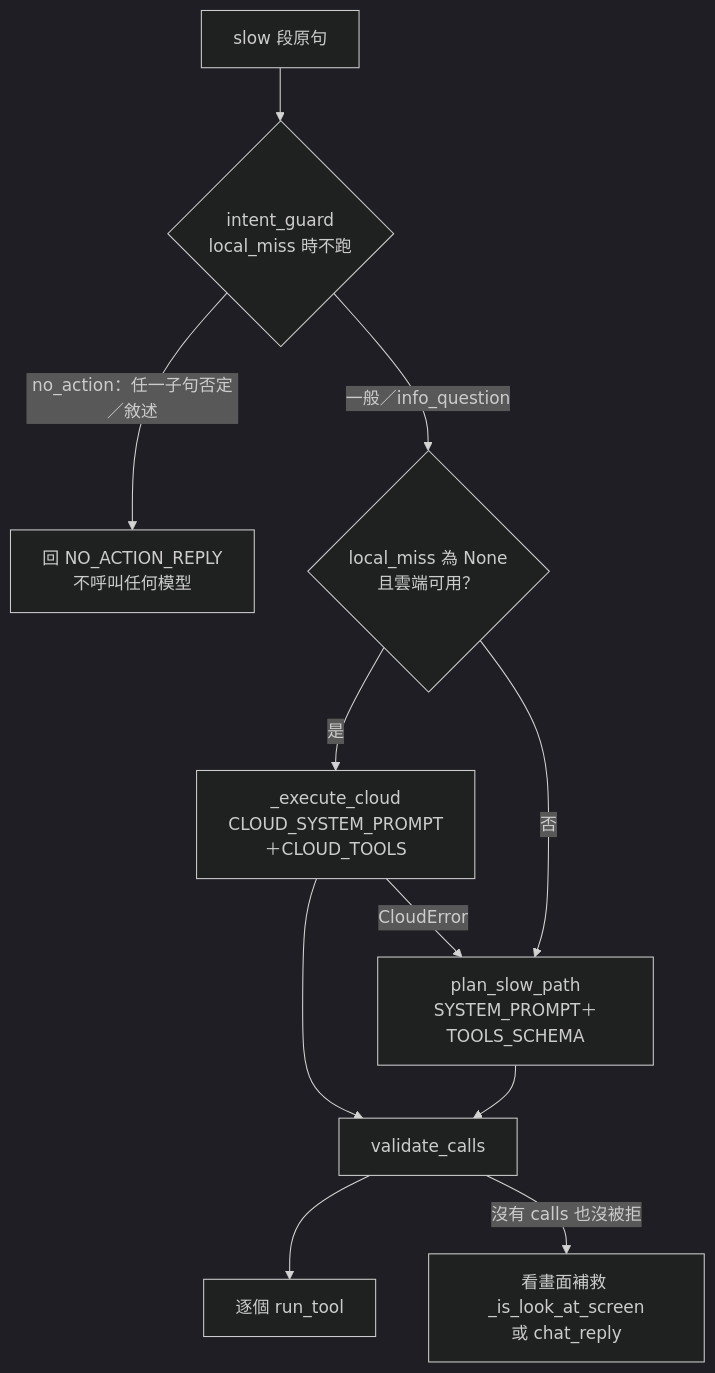
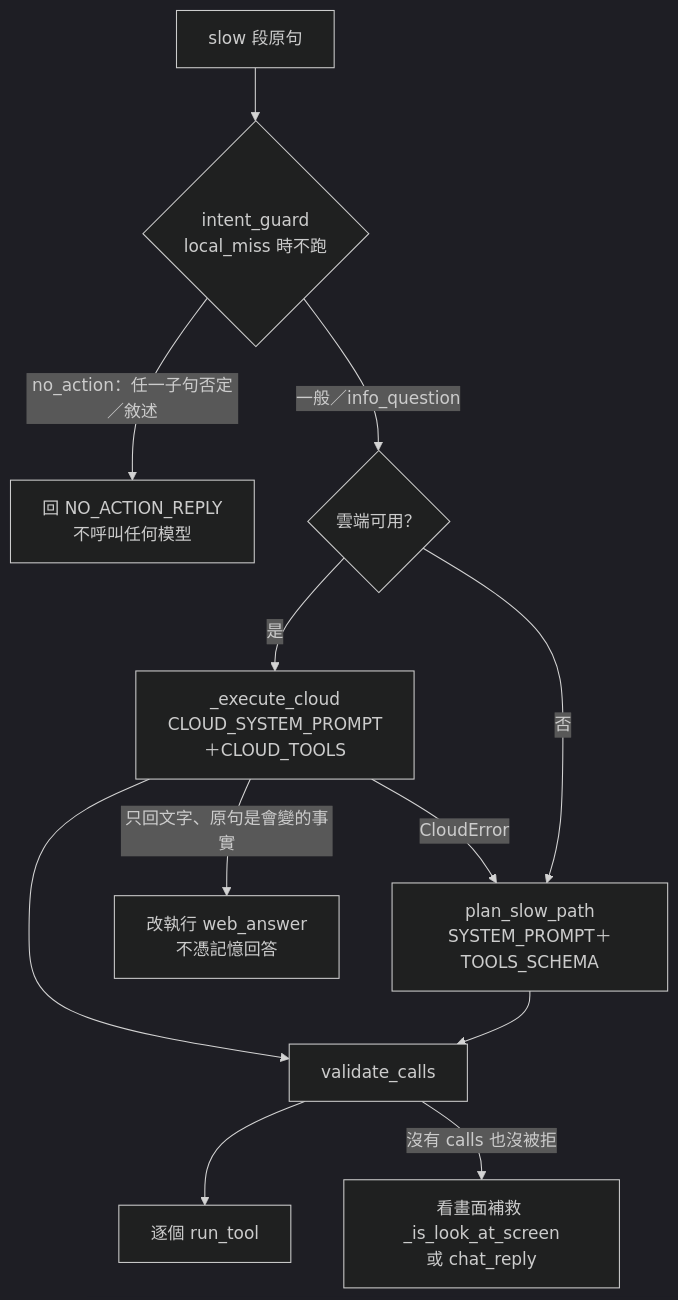
The diagram in docs/flows/slow-path.md (young878787/mac_ai_control), drawn with Mermaid (dark theme) before and after one commit. The commit also changed other lines of this file and 25 other files, not shown here.

````diff
--- a/docs/flows/slow-path.md
+++ b/docs/flows/slow-path.md
@@ -5,13 +5,14 @@
 ```mermaid
 flowchart TD
     In[slow 段原句] --> G{intent_guard<br/>local_miss 時不跑}
     G -- no_action：任一子句否定／敘述 --> NA[回 NO_ACTION_REPLY<br/>不呼叫任何模型]
-    G -- 一般／info_question --> C{local_miss 為 None<br/>且雲端可用？}
+    G -- 一般／info_question --> C{雲端可用？}
     C -- 是 --> Cloud[_execute_cloud<br/>CLOUD_SYSTEM_PROMPT＋CLOUD_TOOLS]
     Cloud -- CloudError --> Local
     C -- 否 --> Local[plan_slow_path<br/>SYSTEM_PROMPT＋TOOLS_SCHEMA]
     Cloud --> V[validate_calls]
+    Cloud -- 只回文字、原句是會變的事實 --> WA[改執行 web_answer<br/>不憑記憶回答]
     Local --> V
     V --> Exec[逐個 run_tool]
     V -- 沒有 calls 也沒被拒 --> Fallback[看畫面補救 _is_look_at_screen<br/>或 chat_reply]
 ```
````
